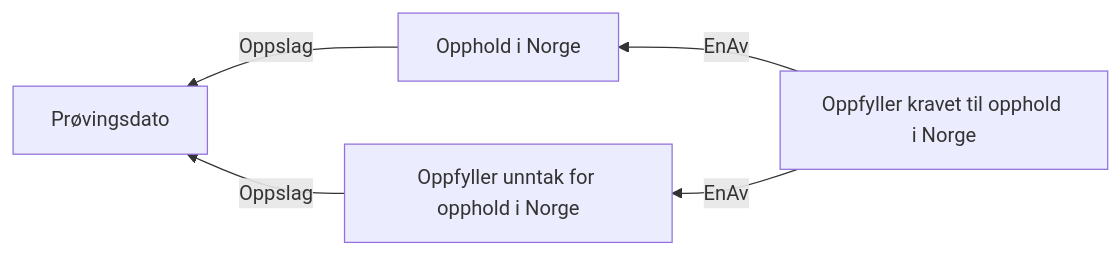
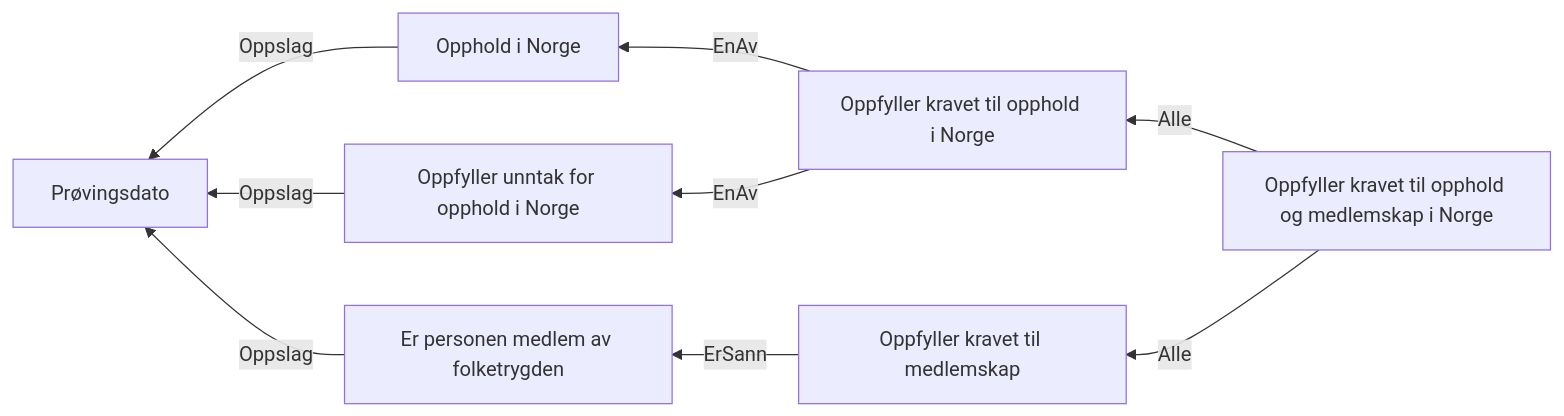
The diagram in docs/regler/§ 4-2. Opphold i Norge.approved.md (navikt/dp-vedtak), drawn with Mermaid before and after one commit. The commit also changed other lines of this file and 14 other files, not shown here.

Commit message:
Slå sammen opphold og medlemskap til ett regelsett

````diff
--- a/docs/regler/§ 4-2. Opphold i Norge.approved.md
+++ b/docs/regler/§ 4-2. Opphold i Norge.approved.md
@@ -5,7 +5,11 @@
 ```mermaid
 graph RL
   A["Opphold i Norge"] -->|"Oppslag"| B["Prøvingsdato"]
   C["Oppfyller unntak for opphold i Norge"] -->|"Oppslag"| B["Prøvingsdato"]
   D["Oppfyller kravet til opphold i Norge"] -->|"EnAv"| A["Opphold i Norge"]
   D["Oppfyller kravet til opphold i Norge"] -->|"EnAv"| C["Oppfyller unntak for opphold i Norge"]
+  E["Er personen medlem av folketrygden"] -->|"Oppslag"| B["Prøvingsdato"]
+  F["Oppfyller kravet til medlemskap"] -->|"ErSann"| E["Er personen medlem av folketrygden"]
+  G["Oppfyller kravet til opphold og medlemskap i Norge"] -->|"Alle"| D["Oppfyller kravet til opphold i Norge"]
+  G["Oppfyller kravet til opphold og medlemskap i Norge"] -->|"Alle"| F["Oppfyller kravet til medlemskap"]
 ```
````
